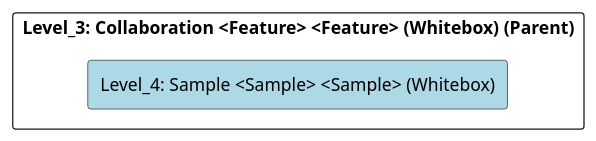
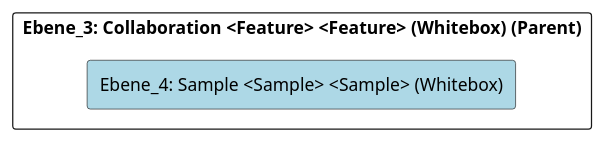
The diagram in doc/cleonproject_deliverables_architecture_model_architecture/adoc/de/05_bausteinsicht/cleon/publishing/collaboration/sample/ebene_4_sample.adoc (marcozwyssig/cleon), drawn with PlantUML before and after one commit. The commit also changed other lines of this file and 214 other files, not shown here.

```diff
--- a/doc/cleonproject_deliverables_architecture_model_architecture/adoc/de/05_bausteinsicht/cleon/publishing/collaboration/sample/ebene_4_sample.adoc
+++ b/doc/cleonproject_deliverables_architecture_model_architecture/adoc/de/05_bausteinsicht/cleon/publishing/collaboration/sample/ebene_4_sample.adoc
@@ -24,24 +24,24 @@
-[plantuml, Level_4: Sample <Sample> <Sample> (Whitebox)BlockOverview, format="svg"]
+[plantuml, Ebene_4: Sample <Sample> <Sample> (Whitebox)BlockOverview, format="svg"]
 ----
-@startuml Level_4: Sample <Sample> <Sample> (Whitebox)BuildingBlockOverview
+@startuml Ebene_4: Sample <Sample> <Sample> (Whitebox)BuildingBlockOverview
 
 skinparam ranksep 10
 skinparam componentStyle rectangle
 skinparam shadowing false
 skinparam arrowColor lightblue
 skinparam arrowThickness 1.2
 skinparam rectangle {
   BackgroundColor White
   BorderColor #333
   RoundCorner 10
 }
 top to bottom direction
 
-component "Level_3: Collaboration <Feature> <Feature> (Whitebox) (Parent)" {
-    component "Level_4: Sample <Sample> <Sample> (Whitebox)" #lightblue {
+component "Ebene_3: Collaboration <Feature> <Feature> (Whitebox) (Parent)" {
+    component "Ebene_4: Sample <Sample> <Sample> (Whitebox)" #lightblue {
     }
 
 }
 
 @enduml
 ----
```
